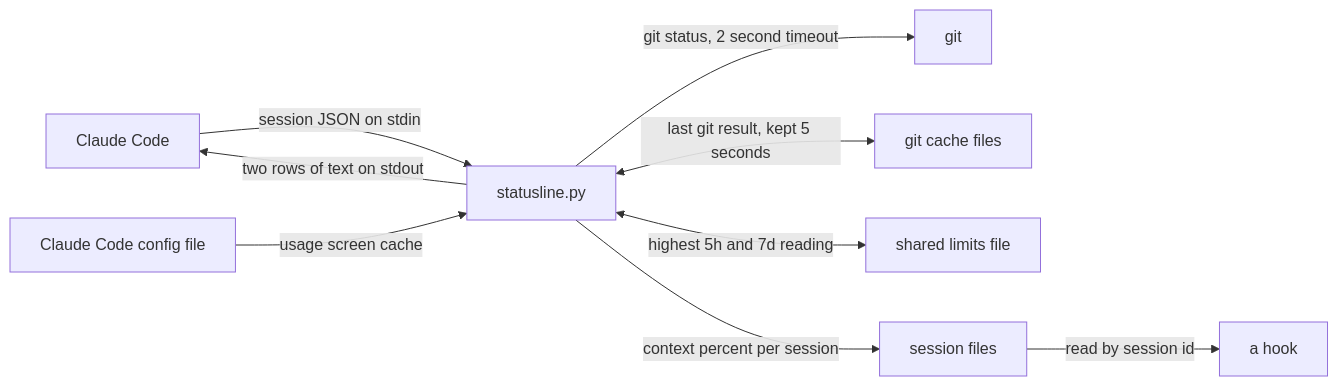
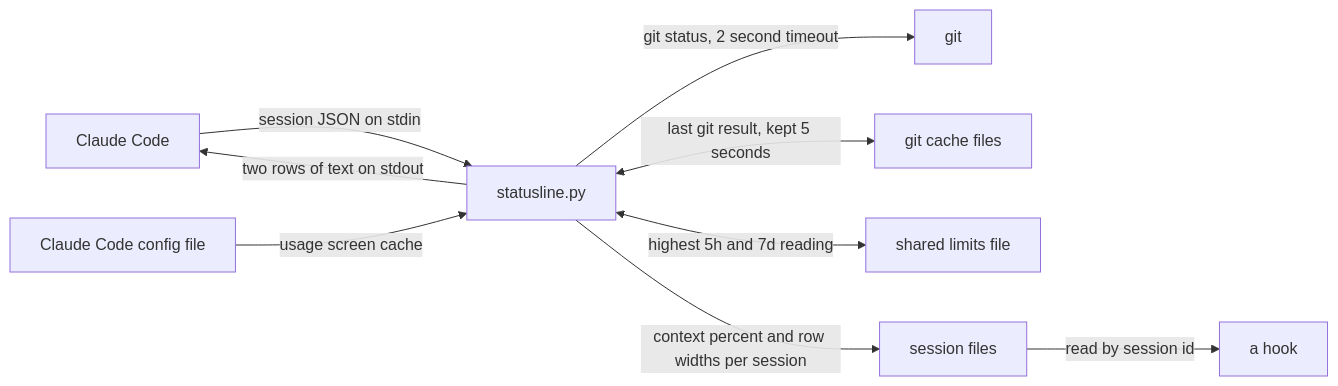
The diagram in README.md (duplonicus/claude-statusline), drawn with Mermaid before and after one commit. The commit also changed other lines of this file and 1 other file, not shown here.

First line of the commit message:
docs(readme): describe rows, cols and optional pct in the session file

````diff
--- a/README.md
+++ b/README.md
@@ -99,11 +101,11 @@
 ```mermaid
 flowchart LR
     CC[Claude Code] -->|session JSON on stdin| S[statusline.py]
     S -->|two rows of text on stdout| CC
     S -->|git status, 2 second timeout| G[git]
     S <-->|last git result, kept 5 seconds| GC[git cache files]
     U[Claude Code config file] -->|usage screen cache| S
     S <-->|highest 5h and 7d reading| LP[shared limits file]
-    S -->|context percent per session| SF[session files]
+    S -->|context percent and row widths per session| SF[session files]
     SF -->|read by session id| H[a hook]
 ```
````
